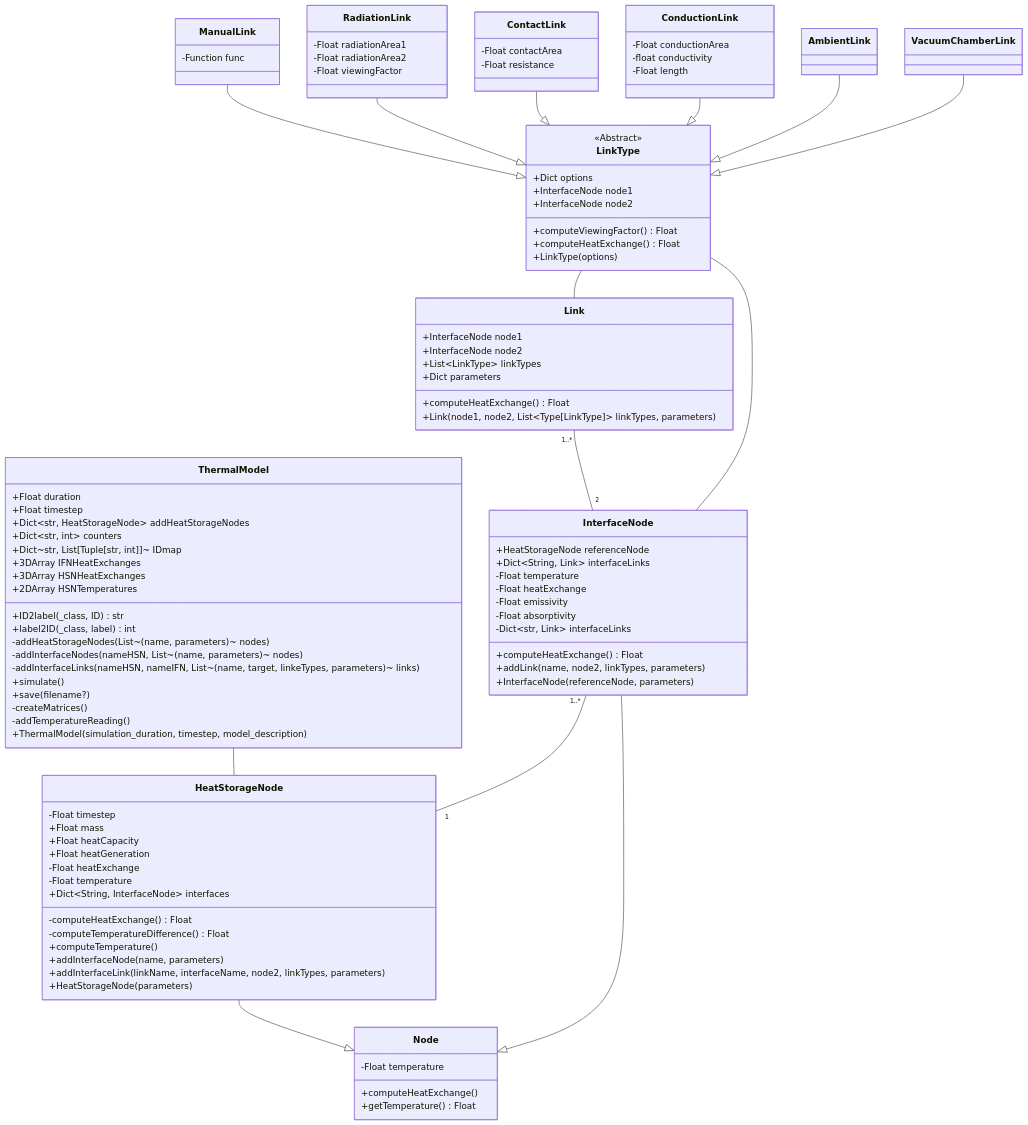
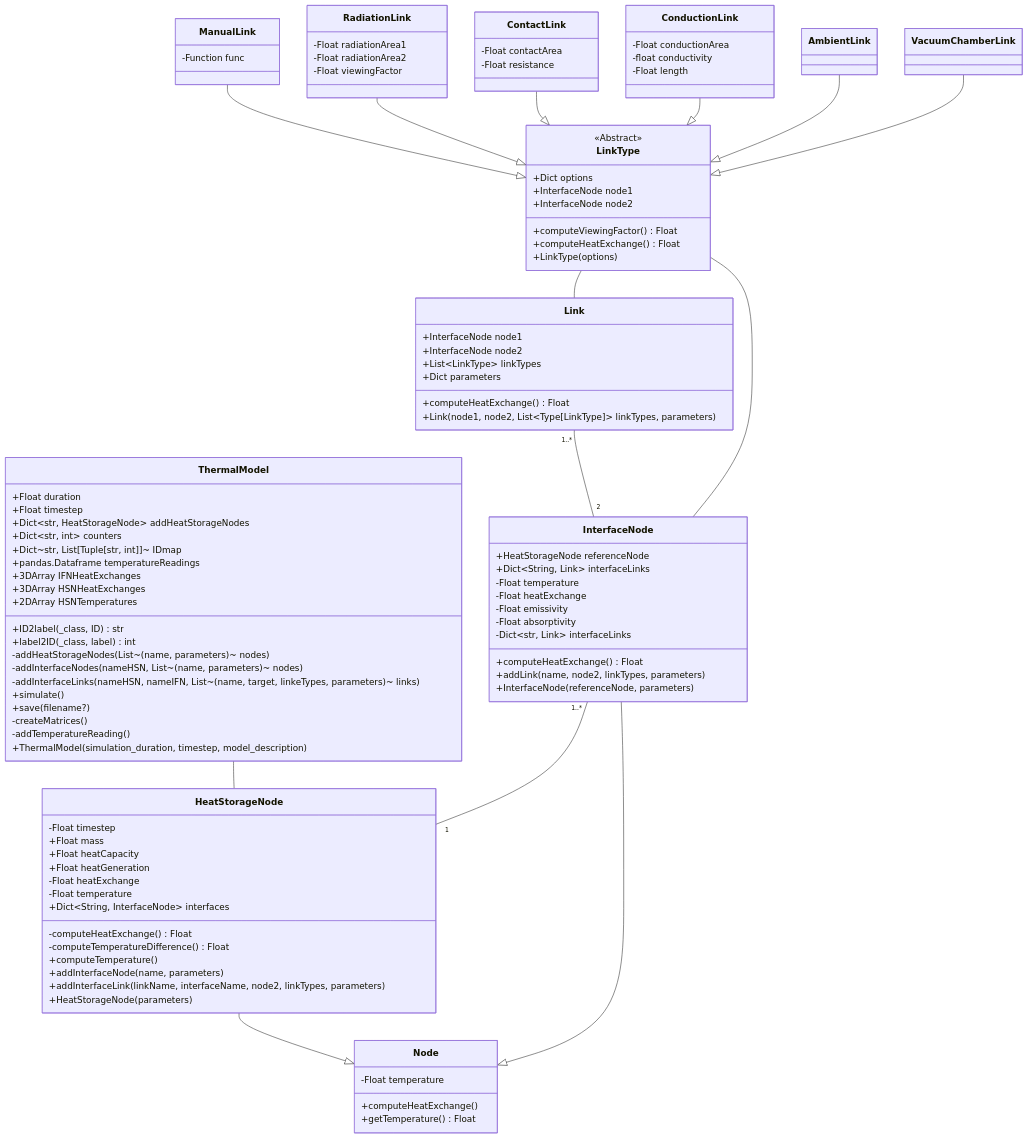
Before and after one commit to niveK77pur/ISM-Thermal-Model: the diagram in class-diagram/class-diagram.mmd, drawn with Mermaid. The commit also changed 7 other files, not shown here.

```diff
--- a/class-diagram/class-diagram.mmd
+++ b/class-diagram/class-diagram.mmd
@@ -1,117 +1,118 @@
 classDiagram
 
 class ThermalModel {
     +Float duration
     +Float timestep
     +Dict~str, HeatStorageNode~ addHeatStorageNodes
     +Dict~str, int~ counters
     +Dict~str, List[Tuple[str, int]]~ IDmap
+    +pandas.Dataframe temperatureReadings
     +3DArray IFNHeatExchanges
     +3DArray HSNHeatExchanges
     +2DArray HSNTemperatures
     +ID2label(_class, ID) str
     +label2ID(_class, label) int
     -addHeatStorageNodes(List~(name, parameters)~ nodes)
     -addInterfaceNodes(nameHSN, List~(name, parameters)~ nodes)
     -addInterfaceLinks(nameHSN, nameIFN, List~(name, target, linkeTypes, parameters)~ links)
     +simulate()
     +save(filename?)
     -createMatrices()
     -addTemperatureReading()
     +ThermalModel(simulation_duration, timestep, model_description)
 }
 
 class Node {
     -Float temperature
     +computeHeatExchange()
     +getTemperature() Float
 }
 
 class HeatStorageNode {
     -Float timestep
     +Float mass
     +Float heatCapacity
     +Float heatGeneration
     -Float heatExchange
     -Float temperature
     +Dict~String, InterfaceNode~ interfaces
     -computeHeatExchange() Float
     -computeTemperatureDifference() Float
     +computeTemperature()
     +addInterfaceNode(name, parameters)
     +addInterfaceLink(linkName, interfaceName, node2, linkTypes, parameters)
     +HeatStorageNode(parameters)
 }
 
 class InterfaceNode {
     +HeatStorageNode referenceNode
     +Dict~String, Link~ interfaceLinks
     -Float temperature
     -Float heatExchange
     -Float emissivity
     -Float absorptivity
     -Dict~str, Link~ interfaceLinks
     +computeHeatExchange() Float
     +addLink(name, node2, linkTypes, parameters)
     +InterfaceNode(referenceNode, parameters)
 }
 
 class Link {
     +InterfaceNode node1
     +InterfaceNode node2
     +List~LinkType~ linkTypes
     +Dict parameters
     +computeHeatExchange() Float
     +Link(node1, node2, List~Type[LinkType]~ linkTypes, parameters)
 }
 
 
 class LinkType {
     <<Abstract>>
     +Dict options
     +InterfaceNode node1
     +InterfaceNode node2
     +computeViewingFactor() Float
     +computeHeatExchange() Float
     +LinkType(options)
 }
 
 class ManualLink {
     -Function func
 }
 
 class RadiationLink {
     -Float radiationArea1
     -Float radiationArea2
     -Float viewingFactor
 }
 
 class ContactLink {
     -Float contactArea
     -Float resistance
 }
 
 class ConductionLink {
     -Float conductionArea
     -float conductivity
     -Float length
 }
 
 ThermalModel -- HeatStorageNode
 
 HeatStorageNode --|> Node
 InterfaceNode --|> Node
 
 ManualLink --|> LinkType
 RadiationLink --|> LinkType
 ContactLink --|> LinkType
 ConductionLink --|> LinkType
 AmbientLink --|> LinkType
 VacuumChamberLink --|> LinkType
 
 Link "1..*" -- "2" InterfaceNode
 
 InterfaceNode "1..*" -- "1" HeatStorageNode
 
 LinkType -- Link
 LinkType -- InterfaceNode
```
